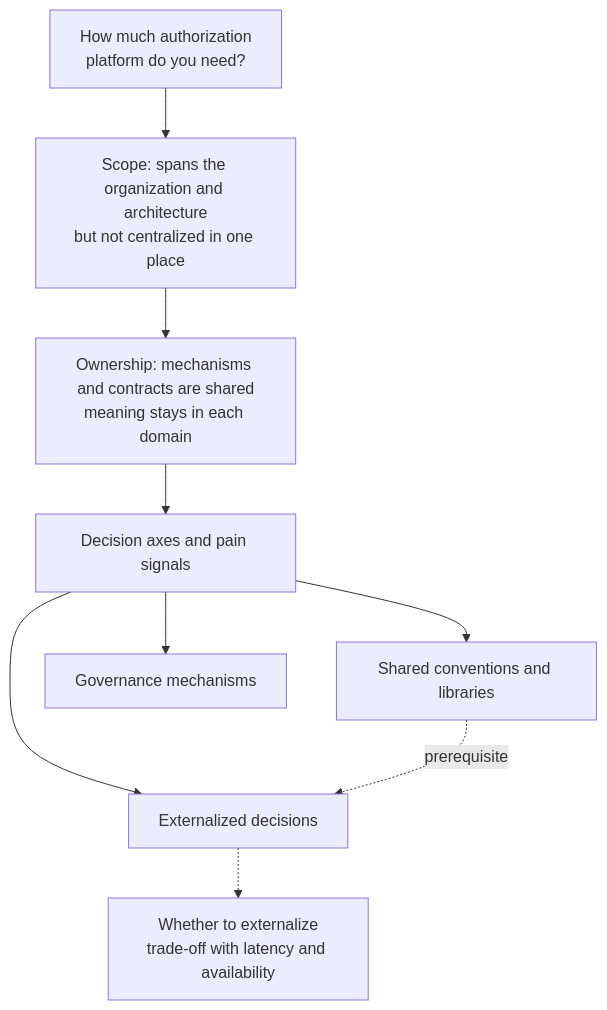
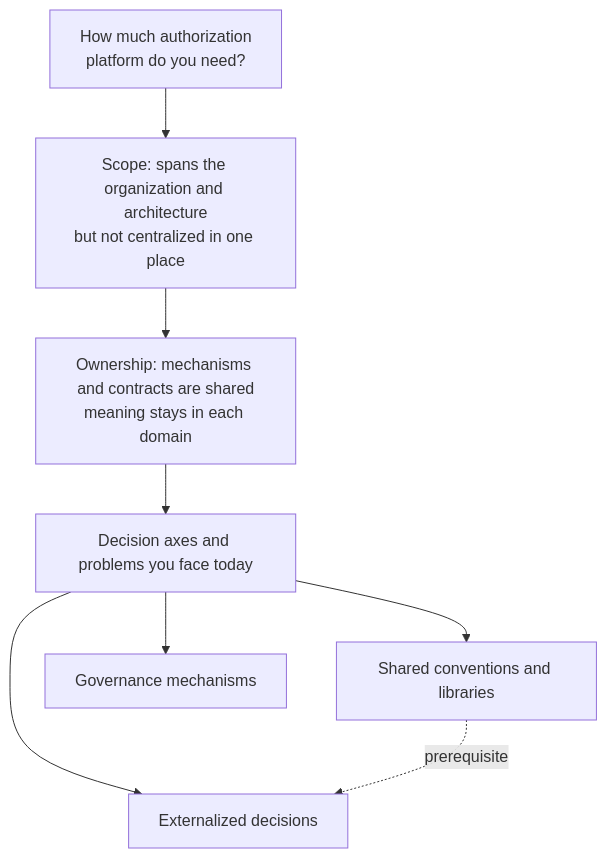
One commit to bmf-san/bmf-tech changed the first of 2 diagrams in content/en/posts/authorization-platform-scope-stages.md. Above: the diagram before and after it, drawn with Mermaid. The commit also changed other lines of this file and 1 other file, not shown here.

````diff
--- a/content/en/posts/authorization-platform-scope-stages.md
+++ b/content/en/posts/authorization-platform-scope-stages.md
@@ -36,11 +35,10 @@
 ```mermaid
 flowchart TB
   Q["How much authorization<br/>platform do you need?"] --> S["Scope: spans the organization and architecture<br/>but not centralized in one place"]
   S --> D["Ownership: mechanisms and contracts are shared<br/>meaning stays in each domain"]
-  D --> A["Decision axes and pain signals"]
+  D --> A["Decision axes and problems you face today"]
   A --> P1["Shared conventions and libraries"]
   A --> P2["Externalized decisions"]
   A --> P3["Governance mechanisms"]
   P1 -. "prerequisite" .-> P2
-  P2 -.-> X["Whether to externalize<br/>trade-off with latency and availability"]
 ```
````
